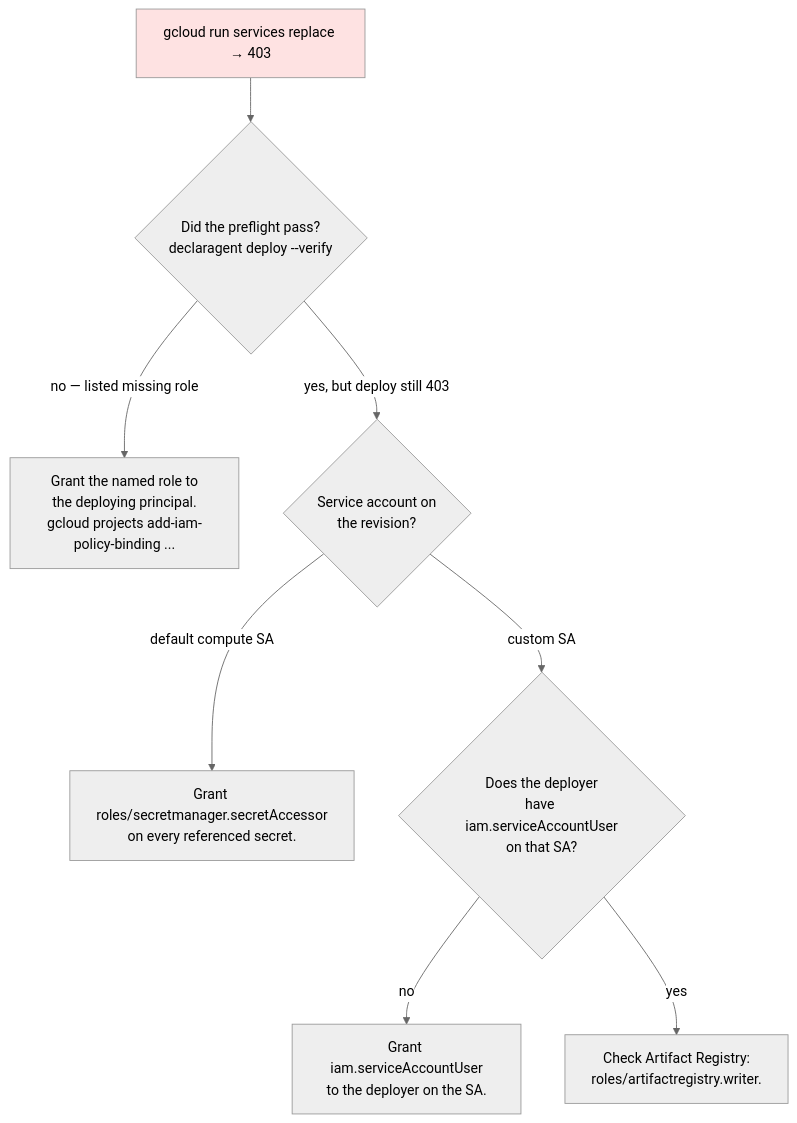
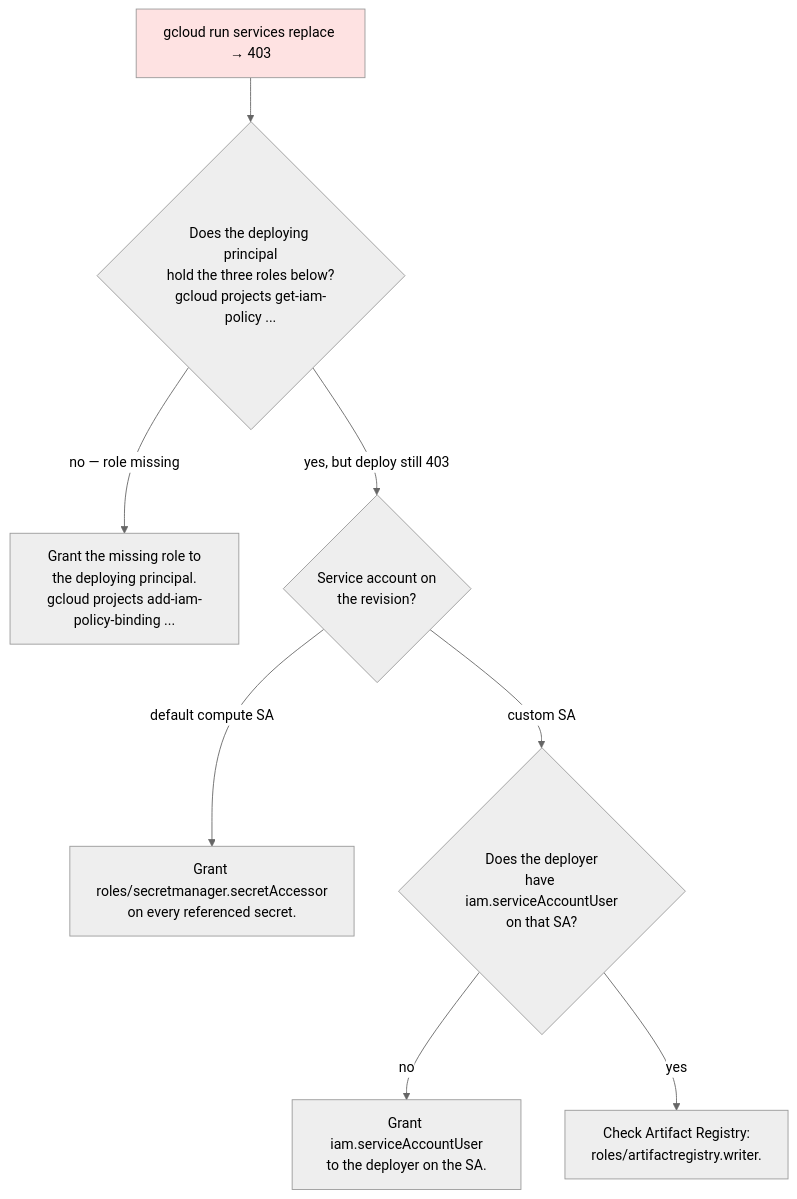
Before and after one commit to declaragent/declaragent: the diagram in docs-site/docs/troubleshooting/deploy-403.mdx, drawn with Mermaid (neutral theme). The commit also changed other lines of this file and 145 other files, not shown here.

````diff
--- a/docs-site/docs/troubleshooting/deploy-403.mdx
+++ b/docs-site/docs/troubleshooting/deploy-403.mdx
@@ -14,11 +14,11 @@
 ```mermaid
 flowchart TD
-    A[gcloud run services replace → 403] --> B{Did the preflight pass?<br/>declaragent deploy --verify}
-    B -->|no — listed missing role| B1[Grant the named role to<br/>the deploying principal.<br/>gcloud projects add-iam-policy-binding ...]
+    A[gcloud run services replace → 403] --> B{Does the deploying principal<br/>hold the three roles below?<br/>gcloud projects get-iam-policy ...}
+    B -->|no — role missing| B1[Grant the missing role to<br/>the deploying principal.<br/>gcloud projects add-iam-policy-binding ...]
     B -->|yes, but deploy still 403| C{Service account on<br/>the revision?}
     C -->|default compute SA| C1[Grant roles/secretmanager.secretAccessor<br/>on every referenced secret.]
     C -->|custom SA| C2{Does the deployer<br/>have iam.serviceAccountUser<br/>on that SA?}
     C2 -->|no| C3[Grant iam.serviceAccountUser<br/>to the deployer on the SA.]
     C2 -->|yes| C4[Check Artifact Registry:<br/>roles/artifactregistry.writer.]
     style A fill:#fee2e2
 ```
````
